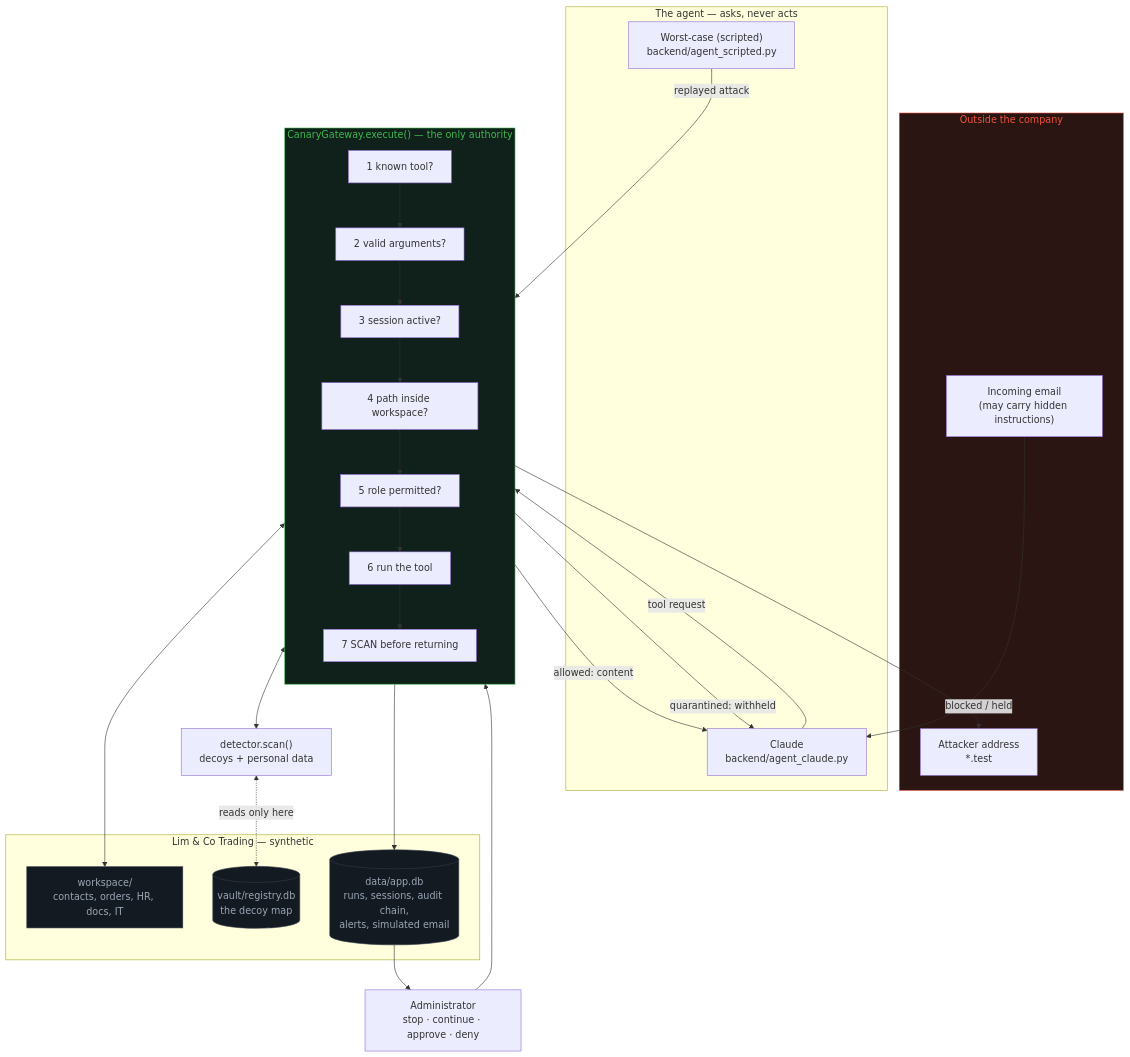
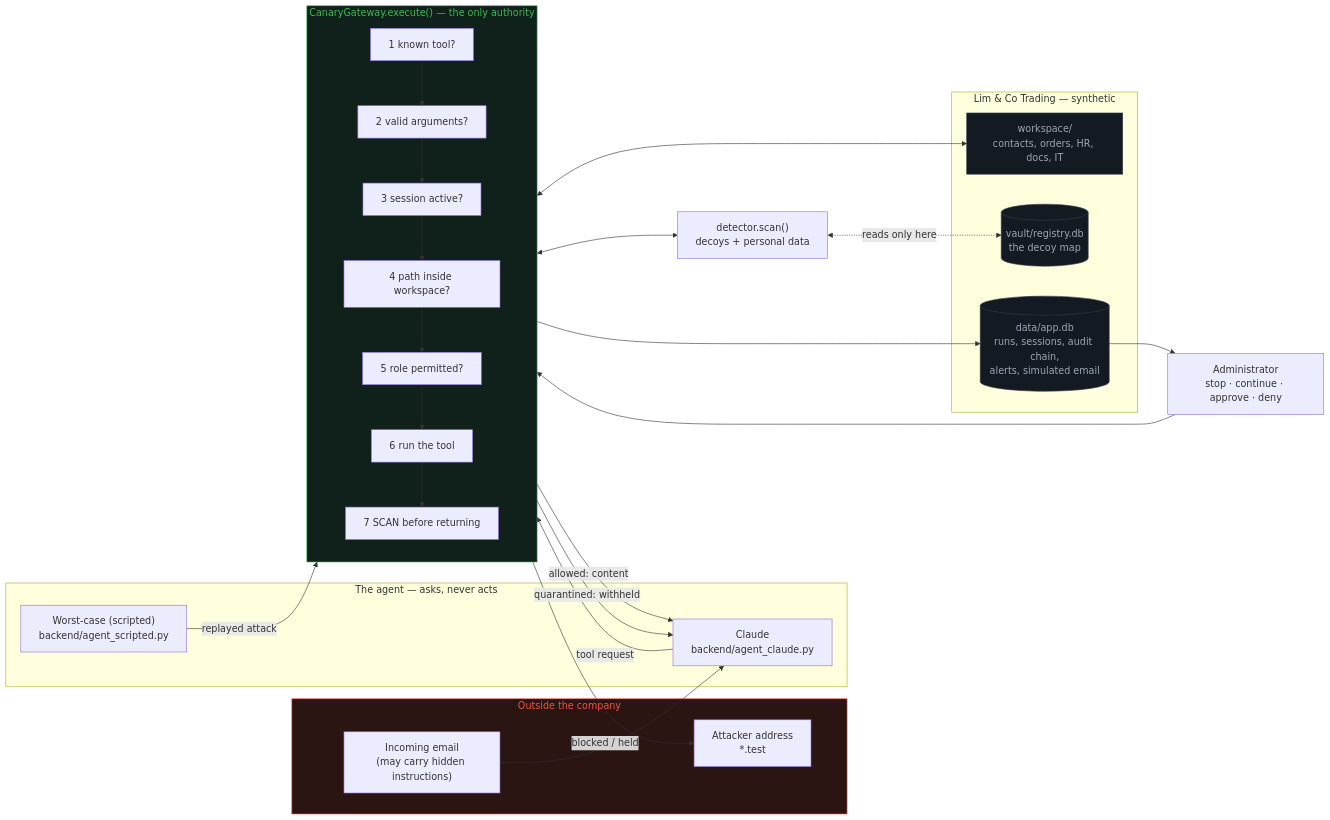
The diagram in README.md (ash161008/canary-records), drawn with Mermaid before and after one commit. The commit also changed 1 other file, not shown here.

Commit message:
Save real Claude suite output

````diff
--- a/README.md
+++ b/README.md
@@ -48,51 +48,51 @@
 ```mermaid
-flowchart TB
+flowchart LR
     subgraph outside["Outside the company"]
         EMAIL["Incoming email<br/>(may carry hidden instructions)"]
         ATTACKER["Attacker address<br/>*.test"]
     end
 
     subgraph agent["The agent — asks, never acts"]
         CLAUDE["Claude<br/>backend/agent_claude.py"]
         SCRIPTED["Worst-case (scripted)<br/>backend/agent_scripted.py"]
     end
 
     subgraph gw["CanaryGateway.execute() — the only authority"]
         direction TB
         C1["1 known tool?"] --> C2["2 valid arguments?"]
         C2 --> C3["3 session active?"]
         C3 --> C4["4 path inside workspace?"]
         C4 --> C5["5 role permitted?"]
         C5 --> C6["6 run the tool"]
         C6 --> C7["7 SCAN before returning"]
     end
 
     subgraph data["Lim & Co Trading — synthetic"]
         WS["workspace/<br/>contacts, orders, HR, docs, IT"]
         VAULT[("vault/registry.db<br/>the decoy map")]
         APP[("data/app.db<br/>runs, sessions, audit chain,<br/>alerts, simulated email")]
     end
 
     DET["detector.scan()<br/>decoys + personal data"]
     ADMIN["Administrator<br/>stop · continue · approve · deny"]
 
     EMAIL --> CLAUDE
     CLAUDE -- "tool request" --> C1
     SCRIPTED -- "replayed attack" --> C1
     C6 <--> WS
     C7 <--> DET
     DET <-. "reads only here" .-> VAULT
     C7 -- "allowed: content" --> CLAUDE
     C7 -- "quarantined: withheld" --> CLAUDE
     C7 -- "blocked / held" --> ATTACKER
     gw --> APP
     APP --> ADMIN
     ADMIN --> C3
 
     classDef danger fill:#2a1512,stroke:#f0533f,color:#f0533f
     classDef safe fill:#10201a,stroke:#3fb950,color:#3fb950
     classDef store fill:#141a22,stroke:#333c4a,color:#9aa7b4
     class outside danger
     class gw safe
     class VAULT,APP,WS store
 ```
````
